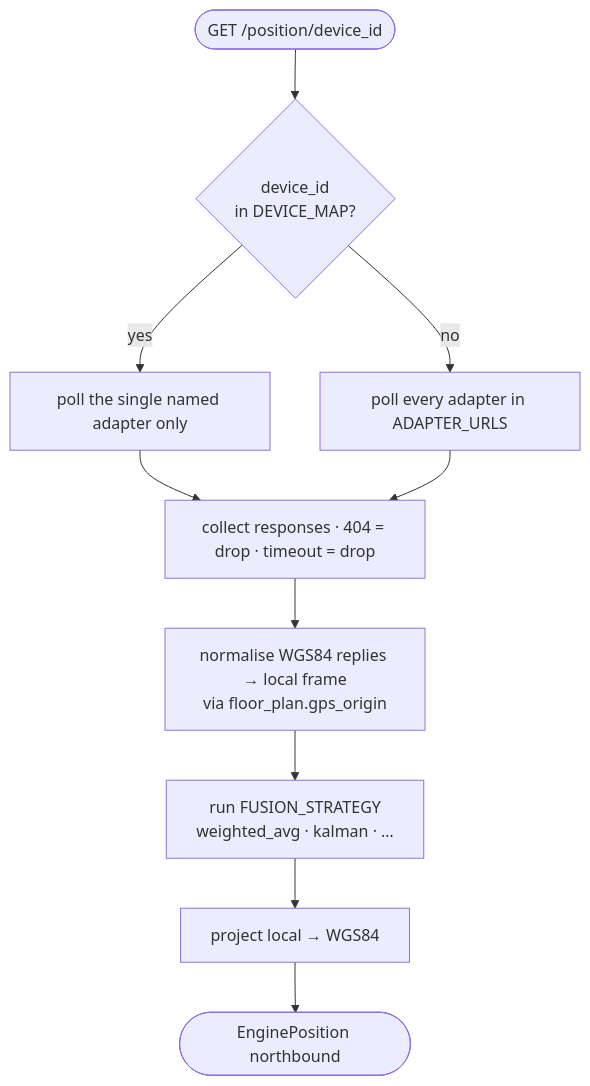
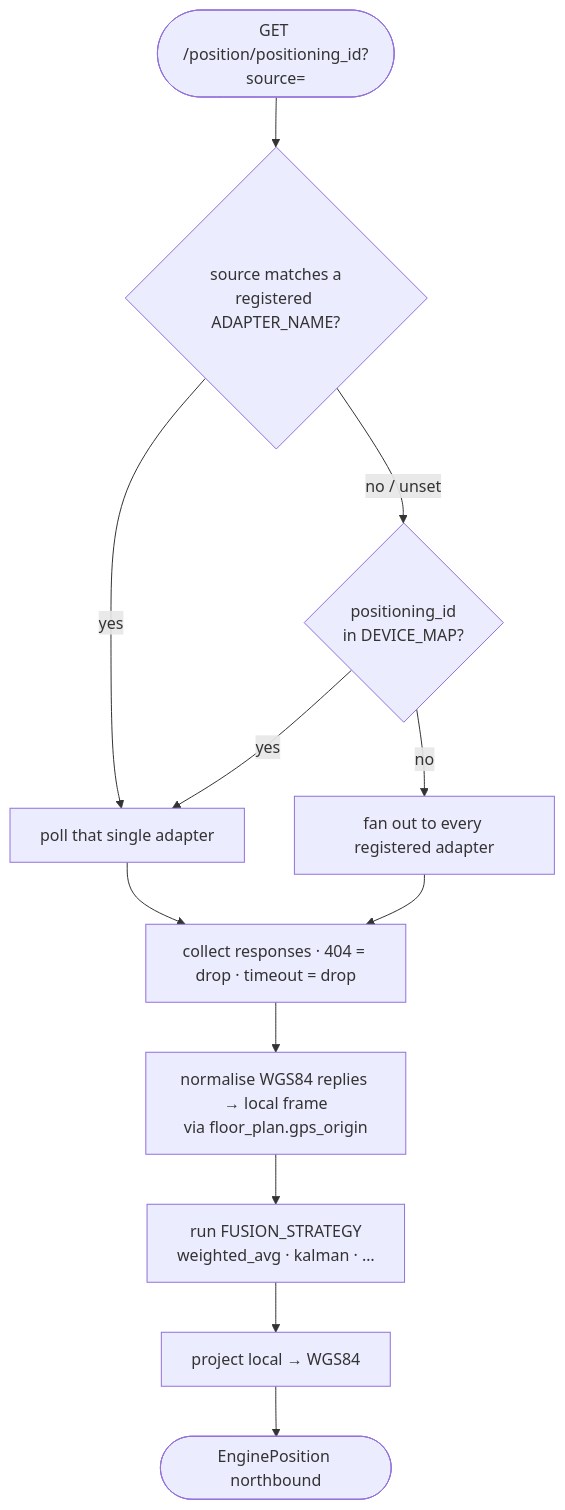
The third of 4 diagrams in docs/architecture.md (Jacobbista/5g-northbound), drawn with Mermaid before and after one commit. The commit also changed other lines of this file and 3 other files, not shown here.

````diff
--- a/docs/architecture.md
+++ b/docs/architecture.md
@@ -95,12 +92,14 @@
 ```mermaid
 flowchart TD
-  REQ([GET /position/device_id]) --> Q{device_id<br/>in DEVICE_MAP?}
-  Q -- yes --> ONE[poll the single named adapter only]
-  Q -- no  --> ALL[poll every adapter in ADAPTER_URLS]
+  REQ([GET /position/positioning_id?source=]) --> Q{source matches a<br/>registered ADAPTER_NAME?}
+  Q -- yes --> ONE[poll that single adapter]
+  Q -- "no / unset" --> D{positioning_id<br/>in DEVICE_MAP?}
+  D -- yes --> ONE
+  D -- no  --> ALL[fan out to every registered adapter]
   ONE --> COLLECT[collect responses · 404 = drop · timeout = drop]
   ALL --> COLLECT
   COLLECT --> NORM[normalise WGS84 replies → local frame<br/>via floor_plan.gps_origin]
   NORM --> FUSE[run FUSION_STRATEGY<br/>weighted_avg · kalman · …]
   FUSE --> PROJ[project local → WGS84]
   PROJ --> OUT([EnginePosition northbound])
 ```
````
